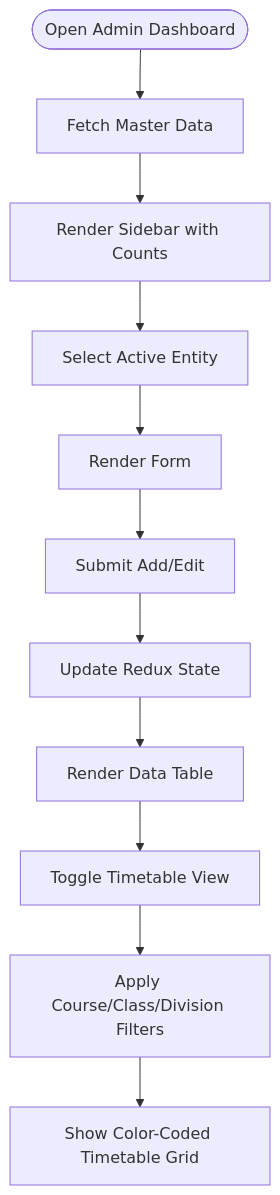
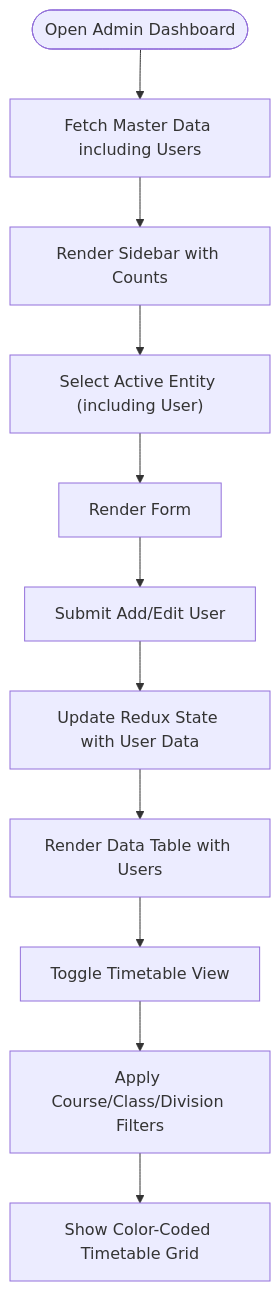
One commit to Aryan9060/Timetable-Project changed the fourth of 5 diagrams in .qoder/repowiki/en/content/Master Data Management/Role-Based Dashboards.md. Above: the diagram before and after it, drawn with Mermaid. The commit also changed other lines of this file and 8 other files, not shown here.

````diff
--- a/.qoder/repowiki/en/content/Master Data Management/Role-Based Dashboards.md
+++ b/.qoder/repowiki/en/content/Master Data Management/Role-Based Dashboards.md
@@ -377,13 +418,13 @@
 ```mermaid
 flowchart TD
-Start(["Open Admin Dashboard"]) --> LoadData["Fetch Master Data"]
+Start(["Open Admin Dashboard"]) --> LoadData["Fetch Master Data including Users"]
 LoadData --> RenderSidebar["Render Sidebar with Counts"]
-RenderSidebar --> SelectEntity["Select Active Entity"]
+RenderSidebar --> SelectEntity["Select Active Entity (including User)"]
 SelectEntity --> RenderForm["Render Form"]
-RenderForm --> SubmitForm["Submit Add/Edit"]
-SubmitForm --> UpdateState["Update Redux State"]
-UpdateState --> RenderTable["Render Data Table"]
+RenderForm --> SubmitForm["Submit Add/Edit User"]
+SubmitForm --> UpdateState["Update Redux State with User Data"]
+UpdateState --> RenderTable["Render Data Table with Users"]
 RenderTable --> ToggleTimetable["Toggle Timetable View"]
 ToggleTimetable --> ApplyFilters["Apply Course/Class/Division Filters"]
 ApplyFilters --> ShowGrid["Show Color-Coded Timetable Grid"]
 ```
````
